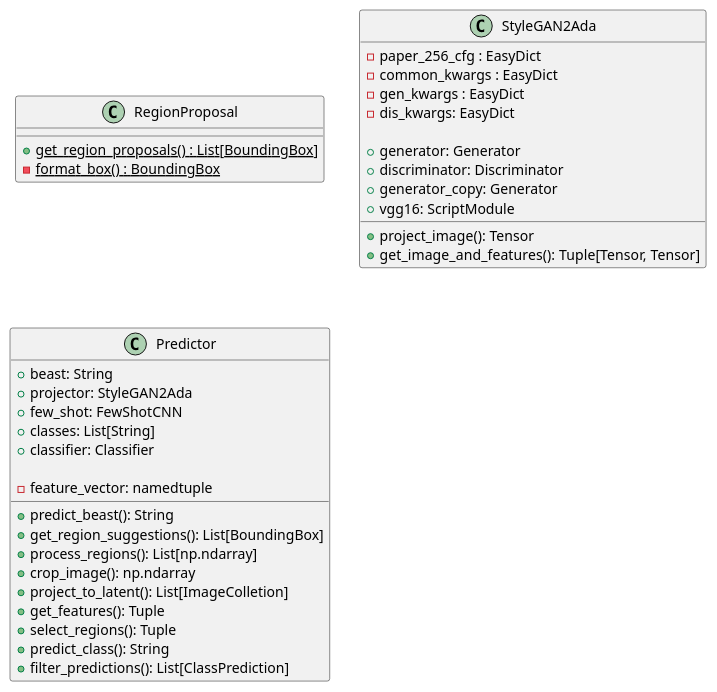
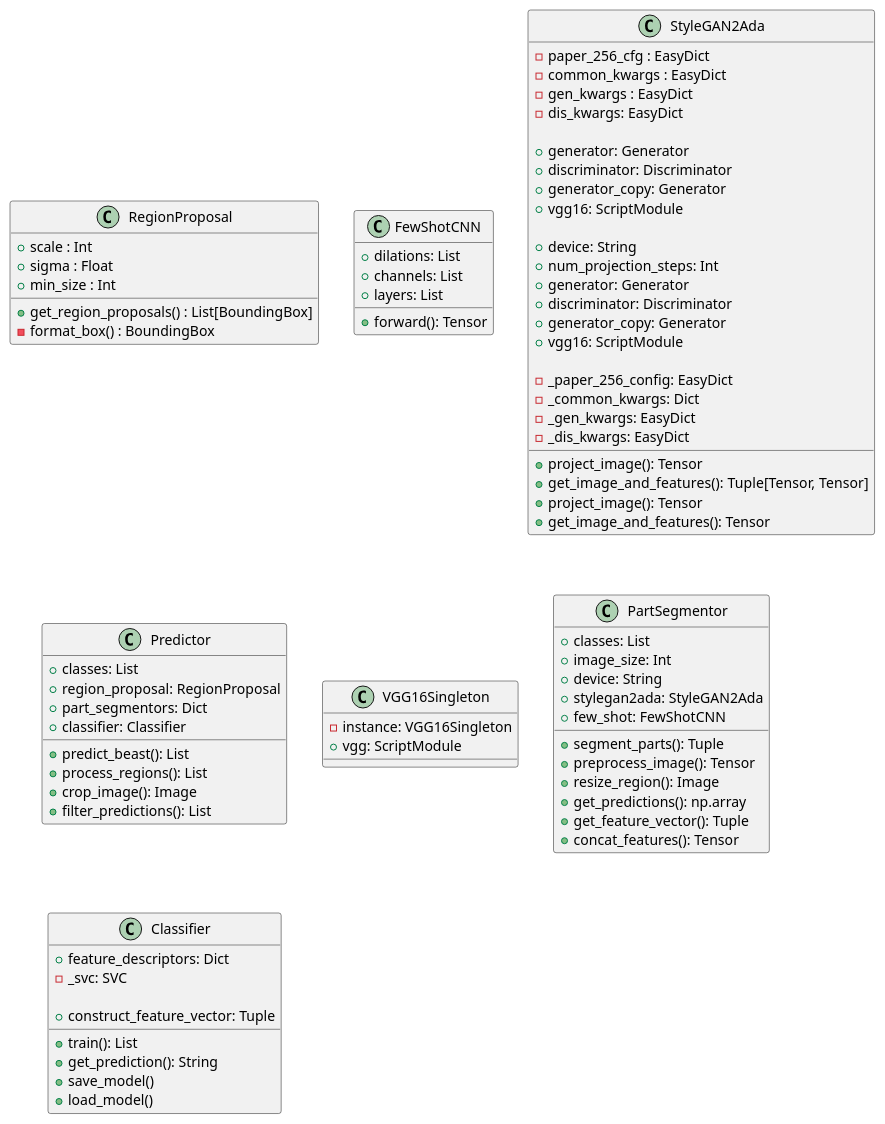
One commit to NVlabs/stylegan2-ada-pytorch changed the diagram in docs/class-diagrams/diagram.puml. Above: the diagram before and after it, drawn with PlantUML. The commit also changed 3 other files, not shown here.

```diff
--- a/docs/class-diagrams/diagram.puml
+++ b/docs/class-diagrams/diagram.puml
@@ -1,43 +1,92 @@
 @startuml
 class RegionProposal {
-
-{static} +get_region_proposals() : List[BoundingBox]
-{static} -format_box() : BoundingBox
+    + scale : Int
+    + sigma : Float
+    + min_size : Int
+    +get_region_proposals() : List[BoundingBox]
+    -format_box() : BoundingBox
 }
 
+class FewShotCNN {
+    + dilations: List
+    + channels: List
+    + layers: List
+
+    + forward(): Tensor
+}
 
 class StyleGAN2Ada {
 -paper_256_cfg : EasyDict
 -common_kwargs : EasyDict
 -gen_kwargs : EasyDict 
 -dis_kwargs: EasyDict
 
 +generator: Generator
 +discriminator: Discriminator
 +generator_copy: Generator
 +vgg16: ScriptModule
 
 +project_image(): Tensor
 +get_image_and_features(): Tuple[Tensor, Tensor]
 }
 
 class Predictor {
-+beast: String
-+projector: StyleGAN2Ada
-+few_shot: FewShotCNN
-+classes: List[String]
-+classifier: Classifier
+    +classes: List
+    +region_proposal: RegionProposal
+    +part_segmentors: Dict
+    +classifier: Classifier
 
--feature_vector: namedtuple
+    +predict_beast(): List
+    +process_regions(): List
+    +crop_image(): Image
+    +filter_predictions(): List 
+}
 
-+predict_beast(): String
-+get_region_suggestions(): List[BoundingBox]
-+process_regions(): List[np.ndarray]
-+crop_image(): np.ndarray
-+project_to_latent(): List[ImageColletion]
-+get_features(): Tuple
-+select_regions(): Tuple
-+predict_class(): String
-+filter_predictions(): List[ClassPrediction]
+class VGG16Singleton {
+    -instance: VGG16Singleton
+    +vgg: ScriptModule
+}
+
+class StyleGAN2Ada {
+    +device: String
+    +num_projection_steps: Int
+    + generator: Generator
+    + discriminator: Discriminator
+    + generator_copy: Generator
+    + vgg16: ScriptModule
+
+    - _paper_256_config: EasyDict
+    - _common_kwargs: Dict
+    - _gen_kwargs: EasyDict
+    - _dis_kwargs: EasyDict
+
+    + project_image(): Tensor
+    + get_image_and_features(): Tensor
+}
+
+class PartSegmentor {
+    + classes: List
+    + image_size: Int
+    + device: String
+    + stylegan2ada: StyleGAN2Ada
+    + few_shot: FewShotCNN
+
+    + segment_parts(): Tuple
+    + preprocess_image(): Tensor
+    + resize_region(): Image
+    + get_predictions(): np.array
+    + get_feature_vector(): Tuple
+    + concat_features(): Tensor
+}
+
+class Classifier {
+    + feature_descriptors: Dict
+    - _svc: SVC
+
+    + train(): List
+    + get_prediction(): String
+    + save_model()
+    + load_model()
+    + construct_feature_vector: Tuple
 }
 @enduml
```
